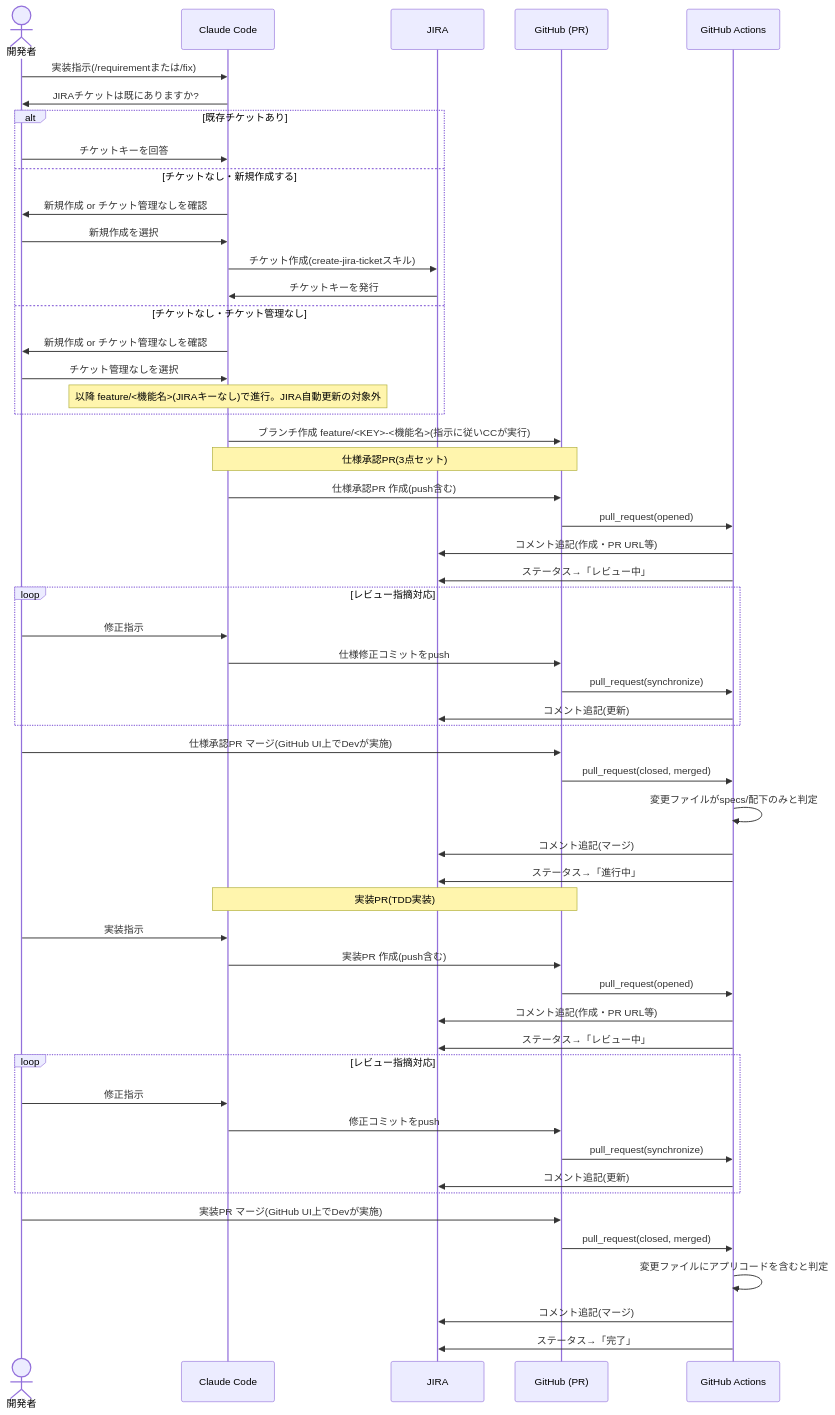
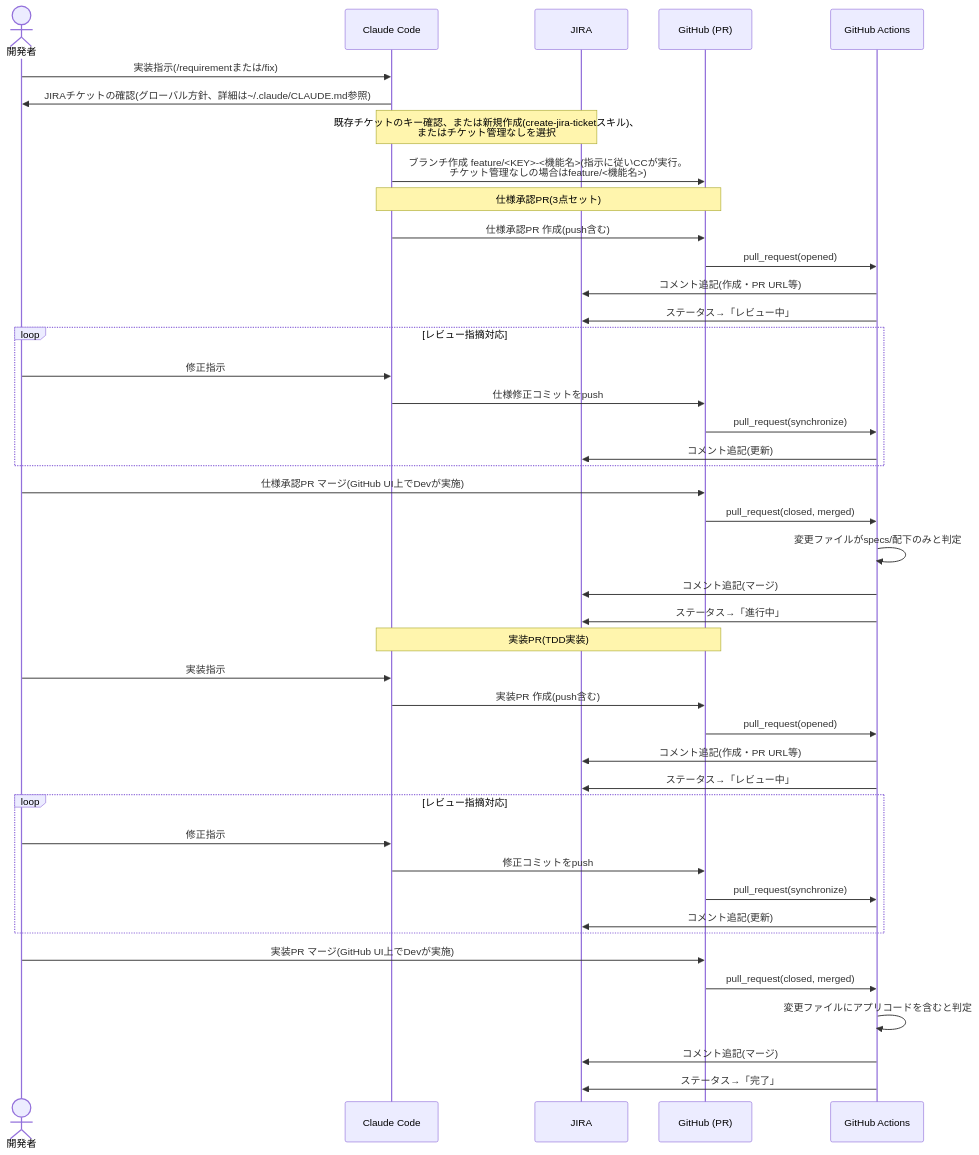
Before and after one commit to dnode-ryosuke-yamazaki/study: the diagram in specs/jira-automation/requirements.md, drawn with Mermaid. The commit also changed other lines of this file and 2 other files, not shown here.

Commit message:
JIRAチケット確認フローをグローバル方針として切り出し
開発フロー開始時のJIRAチケット確認は、study固有の機能要件ではなくこのPC
全体の作業に適用されるグローバル方針であるため、requirements.md/design.md/
tasks.mdからstudy固有の要件・タスクとしての記述を外し、~/.claude/CLAUDE.md
および~/.claude/skills/requirement,fix/SKILL.md(グローバル版)への参照に
置き換えた。GitHub Actionsによる自動更新自体はstudy固有のためそのまま残す。

````diff
--- a/specs/jira-automation/requirements.md
+++ b/specs/jira-automation/requirements.md
@@ -76,65 +67,53 @@
 ```mermaid
 sequenceDiagram
     actor Dev as 開発者
     participant CC as Claude Code
     participant Jira as JIRA
     participant GH as GitHub (PR)
     participant Actions as GitHub Actions
 
     Dev->>CC: 実装指示(/requirementまたは/fix)
-    CC->>Dev: JIRAチケットは既にありますか?
+    CC->>Dev: JIRAチケットの確認(グローバル方針、詳細は~/.claude/CLAUDE.md参照)
+    Note over CC,Jira: 既存チケットのキー確認、または新規作成(create-jira-ticketスキル)、<br/>またはチケット管理なしを選択
 
-    alt 既存チケットあり
-        Dev->>CC: チケットキーを回答
-    else チケットなし・新規作成する
-        CC->>Dev: 新規作成 or チケット管理なしを確認
-        Dev->>CC: 新規作成を選択
-        CC->>Jira: チケット作成(create-jira-ticketスキル)
-        Jira->>CC: チケットキーを発行
-    else チケットなし・チケット管理なし
-        CC->>Dev: 新規作成 or チケット管理なしを確認
-        Dev->>CC: チケット管理なしを選択
-        Note over CC: 以降 feature/<機能名>(JIRAキーなし)で進行。JIRA自動更新の対象外
-    end
-
-    CC->>GH: ブランチ作成 feature/<KEY>-<機能名>(指示に従いCCが実行)
+    CC->>GH: ブランチ作成 feature/<KEY>-<機能名>(指示に従いCCが実行。<br/>チケット管理なしの場合はfeature/<機能名>)
 
     Note over CC,GH: 仕様承認PR(3点セット)
     CC->>GH: 仕様承認PR 作成(push含む)
     GH->>Actions: pull_request(opened)
     Actions->>Jira: コメント追記(作成・PR URL等)
     Actions->>Jira: ステータス→「レビュー中」
 
     loop レビュー指摘対応
         Dev->>CC: 修正指示
         CC->>GH: 仕様修正コミットをpush
         GH->>Actions: pull_request(synchronize)
         Actions->>Jira: コメント追記(更新)
     end
 
     Dev->>GH: 仕様承認PR マージ(GitHub UI上でDevが実施)
     GH->>Actions: pull_request(closed, merged)
     Actions->>Actions: 変更ファイルがspecs/配下のみと判定
     Actions->>Jira: コメント追記(マージ)
     Actions->>Jira: ステータス→「進行中」
 
     Note over CC,GH: 実装PR(TDD実装)
     Dev->>CC: 実装指示
     CC->>GH: 実装PR 作成(push含む)
     GH->>Actions: pull_request(opened)
     Actions->>Jira: コメント追記(作成・PR URL等)
     Actions->>Jira: ステータス→「レビュー中」
 
     loop レビュー指摘対応
         Dev->>CC: 修正指示
         CC->>GH: 修正コミットをpush
         GH->>Actions: pull_request(synchronize)
         Actions->>Jira: コメント追記(更新)
     end
 
     Dev->>GH: 実装PR マージ(GitHub UI上でDevが実施)
     GH->>Actions: pull_request(closed, merged)
     Actions->>Actions: 変更ファイルにアプリコードを含むと判定
     Actions->>Jira: コメント追記(マージ)
     Actions->>Jira: ステータス→「完了」
 ```
````
